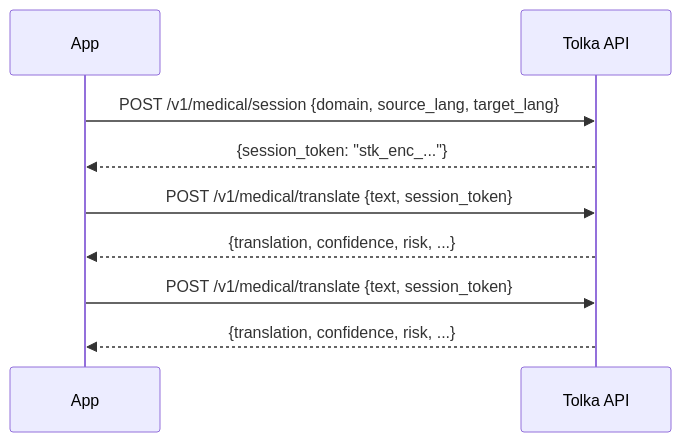
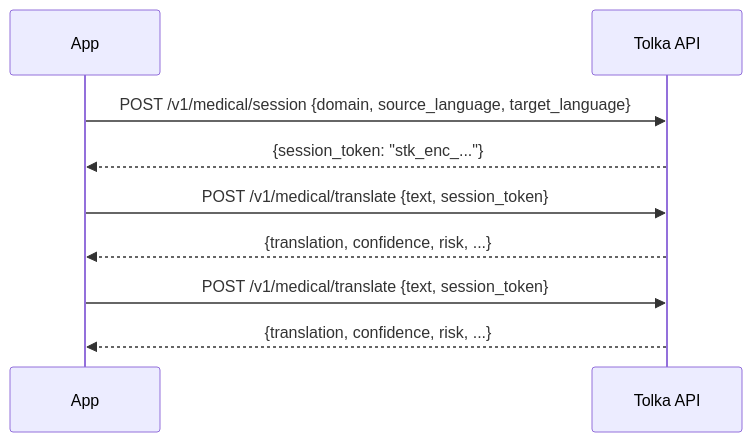
Before and after one commit to tolka-health/docs: the diagram in src/content/docs/concepts/sessions.mdx, drawn with Mermaid. The commit also changed other lines of this file and 28 other files, not shown here.

````diff
--- a/src/content/docs/concepts/sessions.mdx
+++ b/src/content/docs/concepts/sessions.mdx
@@ -20,11 +20,11 @@
 ```mermaid
 sequenceDiagram
   participant App
   participant Tolka API
-  App->>Tolka API: POST /v1/medical/session {domain, source_lang, target_lang}
+  App->>Tolka API: POST /v1/medical/session {domain, source_language, target_language}
   Tolka API-->>App: {session_token: "stk_enc_..."}
   App->>Tolka API: POST /v1/medical/translate {text, session_token}
   Tolka API-->>App: {translation, confidence, risk, ...}
   App->>Tolka API: POST /v1/medical/translate {text, session_token}
   Tolka API-->>App: {translation, confidence, risk, ...}
 ```
````
